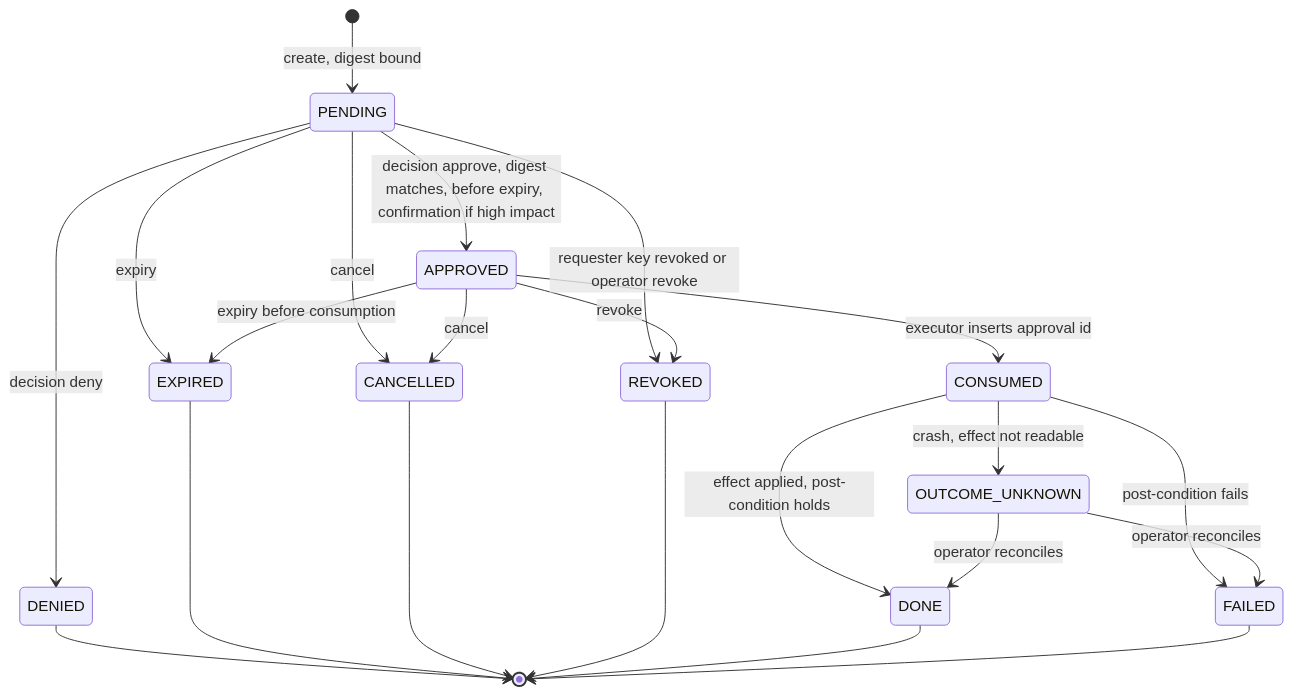
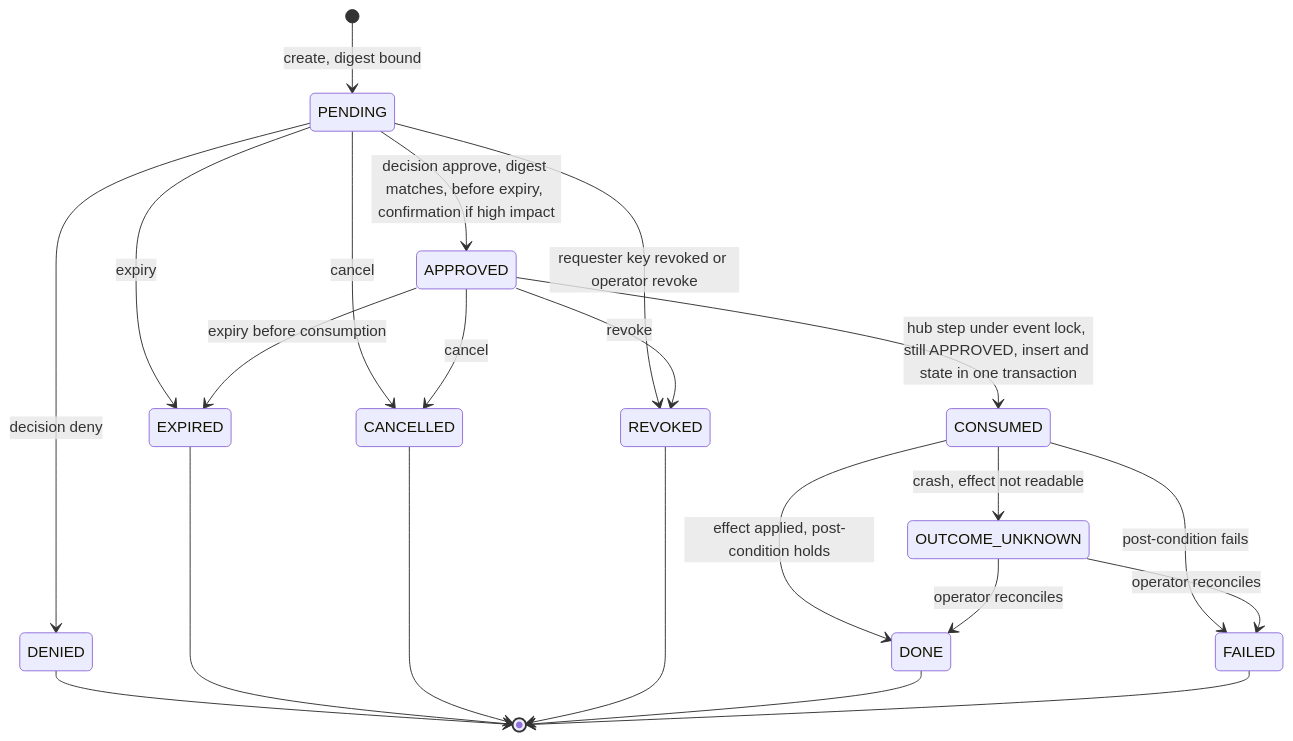
The first of 4 diagrams in docs/design/interactive-agent-communication-06b-pseudo-code-later-phases.md (DimitriGeelen/termlink), drawn with Mermaid before and after one commit. The commit also changed other lines of this file and 2 other files, not shown here.

Commit message:
T-3355: r2 F-1 AL-43 consume is one conditional step at the hub under event.lock (CAS APPROVED->CONSUMED with the insert); cancel/revoke/expiry race edge case; FCW-191; ZR-1 (f1)

````diff
--- a/docs/design/interactive-agent-communication-06b-pseudo-code-later-phases.md
+++ b/docs/design/interactive-agent-communication-06b-pseudo-code-later-phases.md
@@ -364,24 +393,24 @@
 ```mermaid
 stateDiagram-v2
   [*] --> PENDING: create, digest bound
   PENDING --> APPROVED: decision approve, digest matches, before expiry, confirmation if high impact
   PENDING --> DENIED: decision deny
   PENDING --> EXPIRED: expiry
   PENDING --> CANCELLED: cancel
   PENDING --> REVOKED: requester key revoked or operator revoke
-  APPROVED --> CONSUMED: executor inserts approval id
+  APPROVED --> CONSUMED: hub step under event lock, still APPROVED, insert and state in one transaction
   APPROVED --> EXPIRED: expiry before consumption
   APPROVED --> CANCELLED: cancel
   APPROVED --> REVOKED: revoke
   CONSUMED --> DONE: effect applied, post-condition holds
   CONSUMED --> FAILED: post-condition fails
   CONSUMED --> OUTCOME_UNKNOWN: crash, effect not readable
   OUTCOME_UNKNOWN --> DONE: operator reconciles
   OUTCOME_UNKNOWN --> FAILED: operator reconciles
   DENIED --> [*]
   EXPIRED --> [*]
   CANCELLED --> [*]
   REVOKED --> [*]
   DONE --> [*]
   FAILED --> [*]
 ```
````
